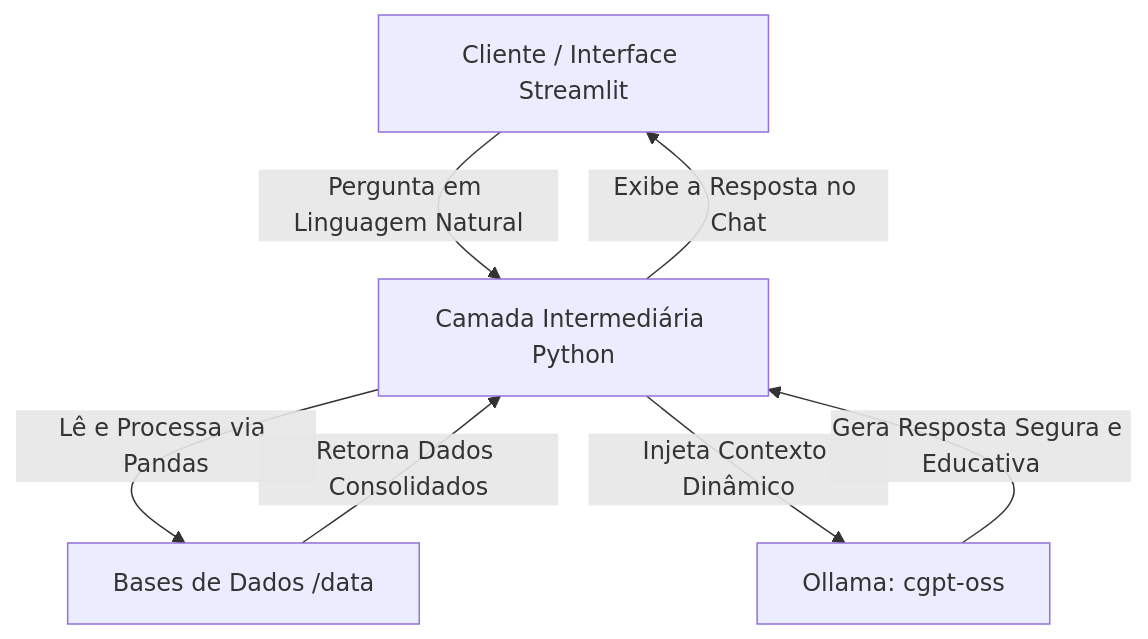
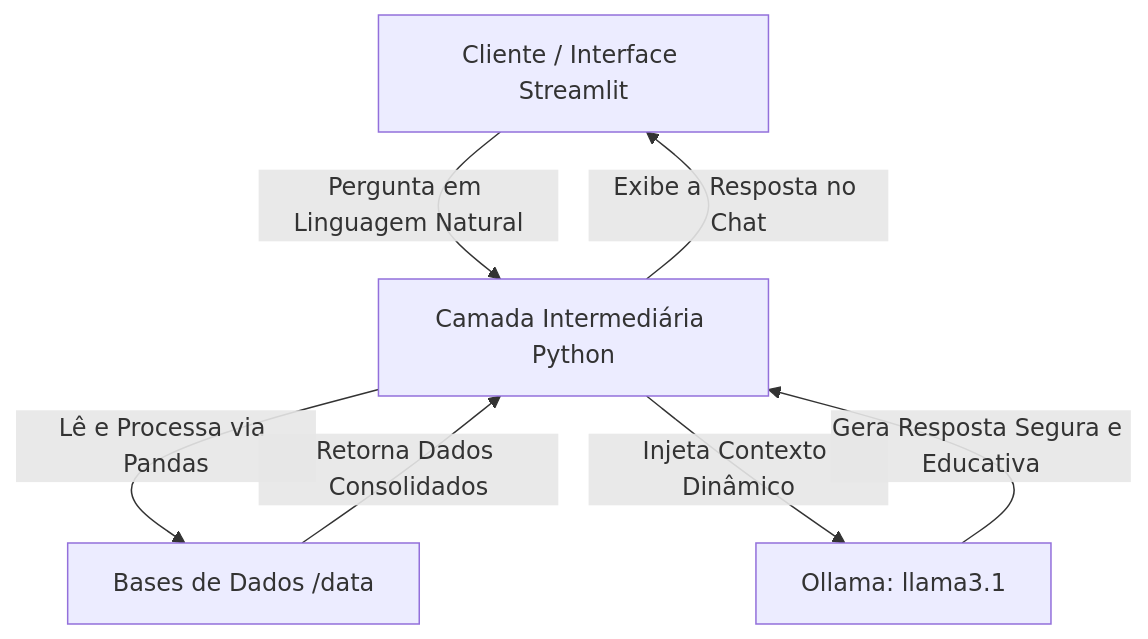
Before and after one commit to RenanNeets/dio-lab-bia-do-futuro: the diagram in README.md, drawn with Mermaid. The commit also changed other lines of this file and 7 other files, not shown here.

````diff
--- a/README.md
+++ b/README.md
@@ -13,10 +13,10 @@
 ```mermaid
 flowchart TD
     A[Cliente / Interface Streamlit] -->|Pergunta em Linguagem Natural| B[Camada Intermediária Python]
     B -->|Lê e Processa via Pandas| C[Bases de Dados /data]
     C -->|Retorna Dados Consolidados| B
-    B -->|Injeta Contexto Dinâmico| D[Ollama: cgpt-oss]
+    B -->|Injeta Contexto Dinâmico| D[Ollama: llama3.1]
     D -->|Gera Resposta Segura e Educativa| B
     B -->|Exibe a Resposta no Chat| A
 
 ```
````
